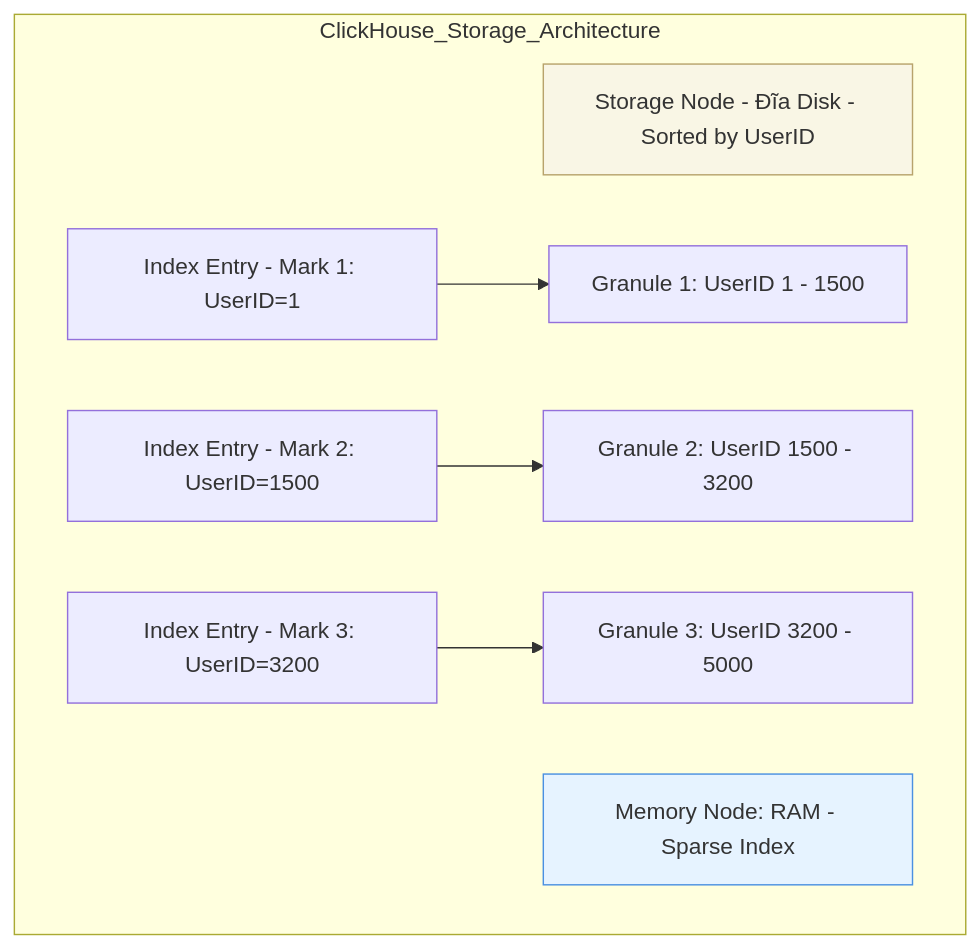
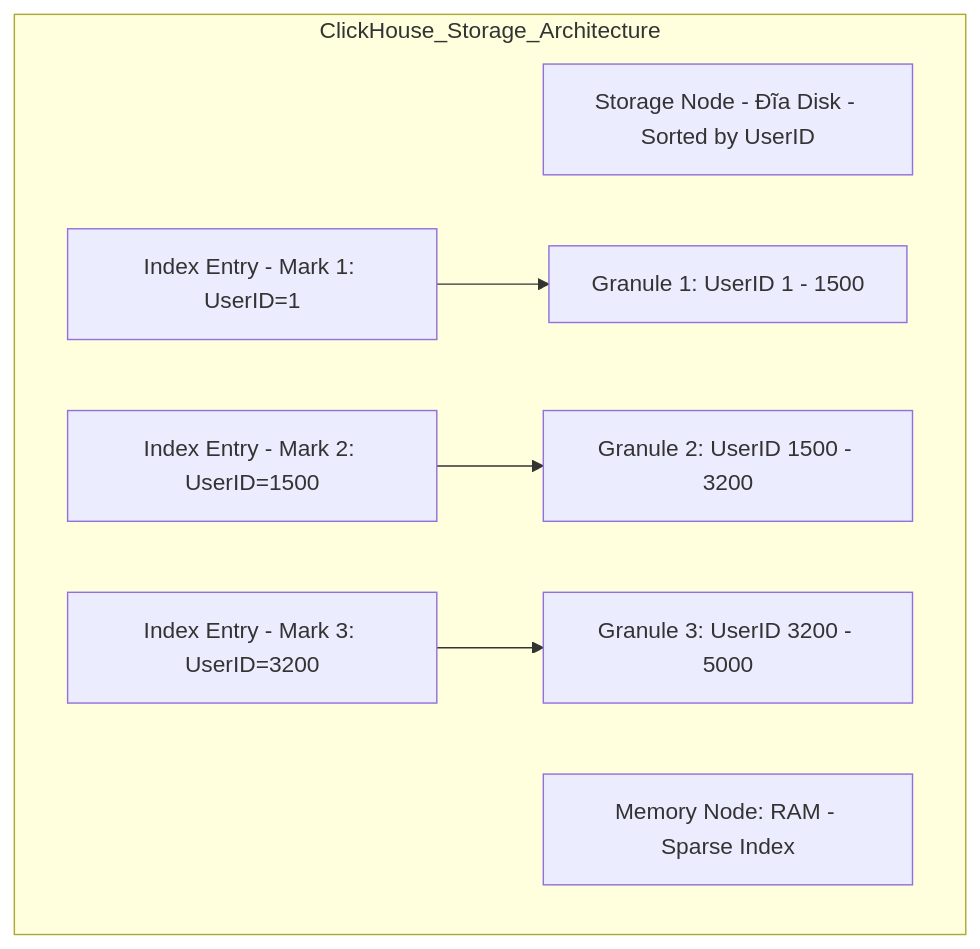
Before and after one commit to kythuatdulieu/kythuatdulieu.github.io: the second of 2 diagrams in src/content/docs/concepts/3-storage-engines-formats/olap.md, drawn with Mermaid. The commit also changed other lines of this file and 682 other files, not shown here.

````diff
--- a/src/content/docs/concepts/3-storage-engines-formats/olap.md
+++ b/src/content/docs/concepts/3-storage-engines-formats/olap.md
@@ -68,22 +67,21 @@
 ```mermaid
 graph TD
     subgraph ClickHouse_Storage_Architecture
     group_disk["Storage Node - Đĩa Disk - Sorted by UserID"]
     
     g1["Granule 1: UserID 1 - 1500"]
     g2["Granule 2: UserID 1500 - 3200"]
     g3["Granule 3: UserID 3200 - 5000"]
     
     group_ram["Memory Node: RAM - Sparse Index"]
     service_idx1["Index Entry - Mark 1: UserID=1"]
     service_idx2["Index Entry - Mark 2: UserID=1500"]
     service_idx3["Index Entry - Mark 3: UserID=3200"]
 
     service_idx1 --> g1
     service_idx2 --> g2
     service_idx3 --> g3
     end
-    
-    style group_disk fill:#f9f6e5,stroke:#b8a36c
-    style group_ram fill:#e6f3ff,stroke:#4a90e2
+
+
 ```
````
